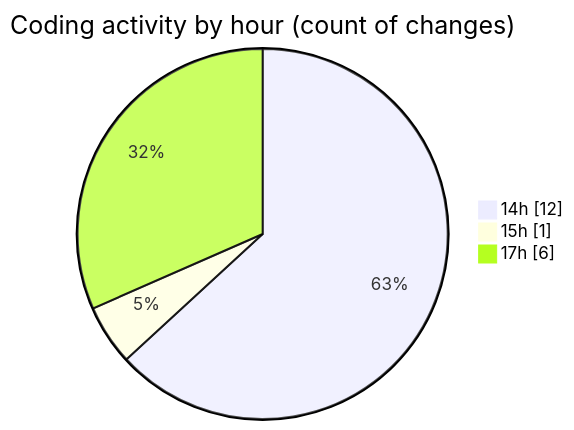
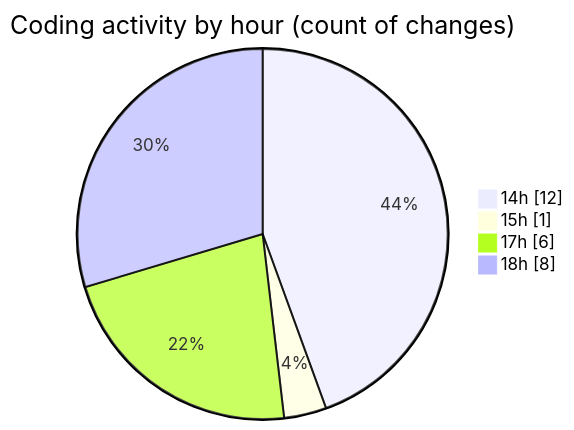
The second of 2 diagrams in 2025-12-16/cda/README.md (momahboobian/code-tracking), drawn with Mermaid before and after one commit. The commit also changed other lines of this file and 1 other file, not shown here.

````diff
--- a/2025-12-16/cda/README.md
+++ b/2025-12-16/cda/README.md
@@ -29,7 +33,8 @@
 ```mermaid
 pie showData
 title Coding activity by hour (count of changes)
 "14h" : 12
 "15h" : 1
 "17h" : 6
+"18h" : 8
 ```
````
